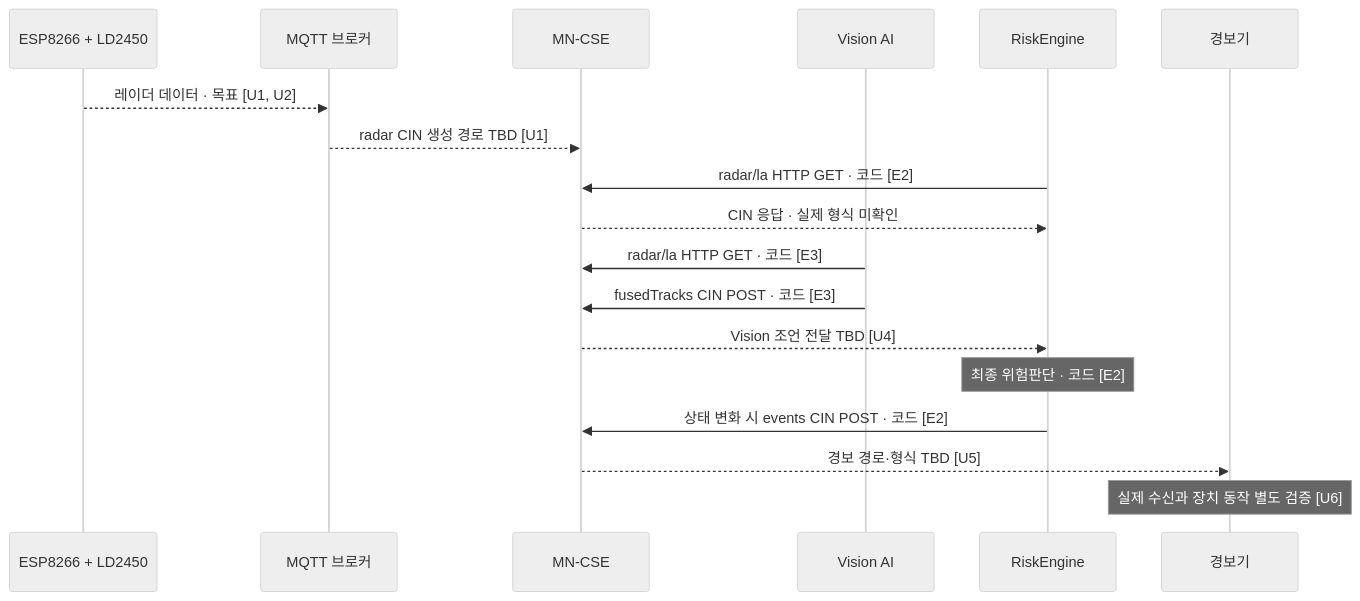
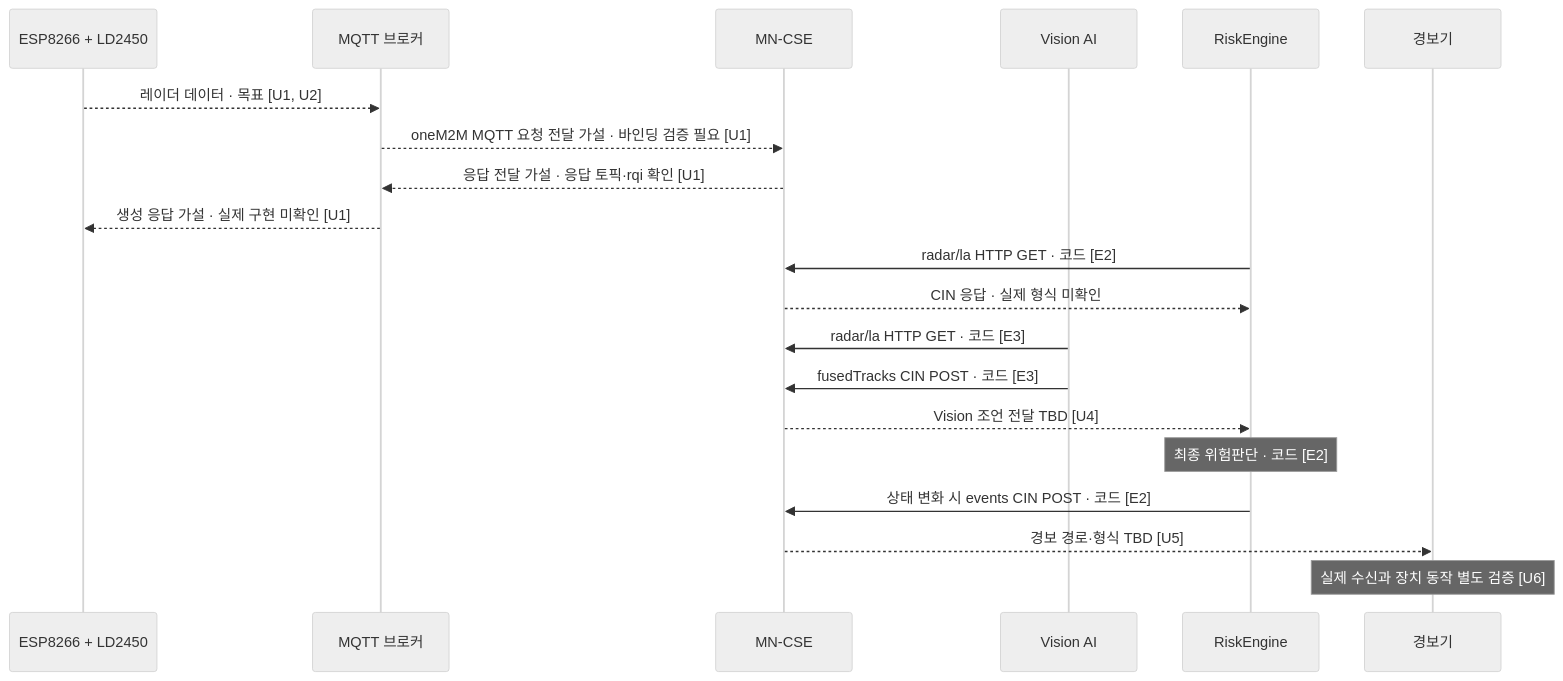
One commit to extra-7ex/Sejong_4IoT_OneM2M changed the second of 4 diagrams in docs/architecture.md. Above: the diagram before and after it, drawn with Mermaid (neutral theme). The commit also changed other lines of this file, not shown here.

Commit message:
docs: distinguish call flows and failure states

````diff
--- a/docs/architecture.md
+++ b/docs/architecture.md
@@ -72,20 +93,22 @@
 ```mermaid
 sequenceDiagram
     participant R as ESP8266 + LD2450
     participant B as MQTT 브로커
     participant C as MN-CSE
     participant V as Vision AI
     participant E as RiskEngine
     participant A as 경보기
     R-->>B: 레이더 데이터 · 목표 [U1, U2]
-    B-->>C: radar CIN 생성 경로 TBD [U1]
+    B-->>C: oneM2M MQTT 요청 전달 가설 · 바인딩 검증 필요 [U1]
+    C-->>B: 응답 전달 가설 · 응답 토픽·rqi 확인 [U1]
+    B-->>R: 생성 응답 가설 · 실제 구현 미확인 [U1]
     E->>C: radar/la HTTP GET · 코드 [E2]
     C-->>E: CIN 응답 · 실제 형식 미확인
     V->>C: radar/la HTTP GET · 코드 [E3]
     V->>C: fusedTracks CIN POST · 코드 [E3]
     C-->>E: Vision 조언 전달 TBD [U4]
     Note over E: 최종 위험판단 · 코드 [E2]
     E->>C: 상태 변화 시 events CIN POST · 코드 [E2]
     C-->>A: 경보 경로·형식 TBD [U5]
     Note over A: 실제 수신과 장치 동작 별도 검증 [U6]
 ```
````
